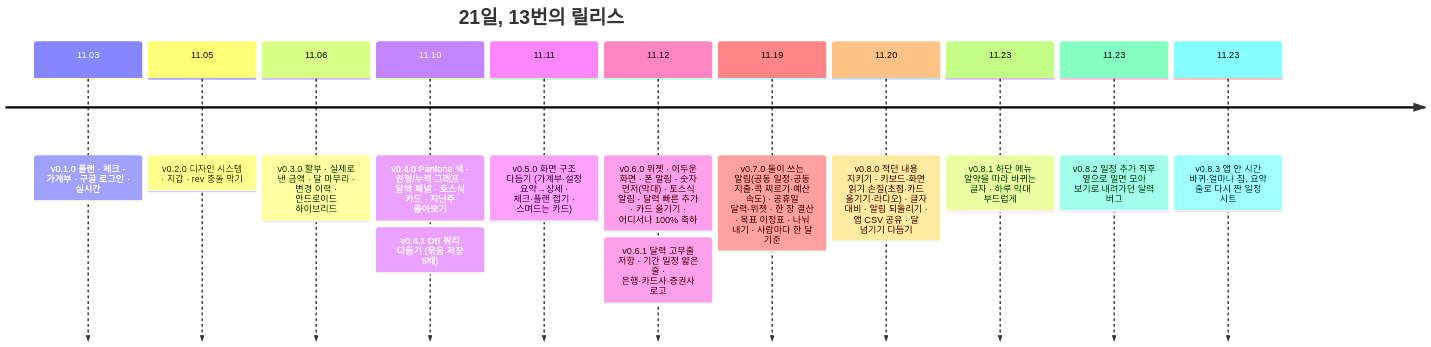
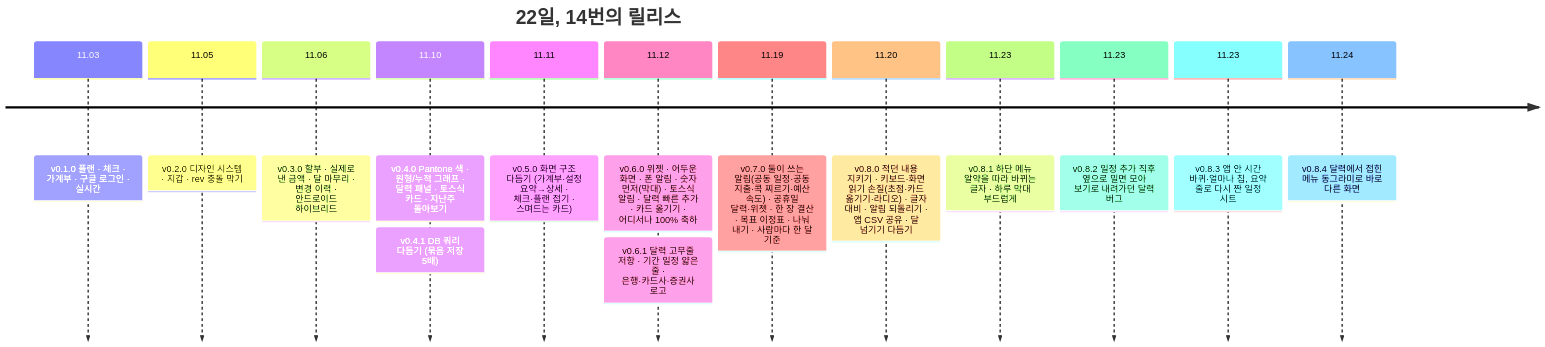
Before and after one commit to jojaden/our-money: the fifth of 5 diagrams in README.md, drawn with Mermaid. The commit also changed other lines of this file and 5 other files, not shown here.

````diff
--- a/README.md
+++ b/README.md
@@ -152,17 +152,18 @@
 ```mermaid
 timeline
-  title 21일, 13번의 릴리스
+  title 22일, 14번의 릴리스
   11.03 : v0.1.0 플랜 · 체크 · 가계부 · 구글 로그인 · 실시간
   11.05 : v0.2.0 디자인 시스템 · 지갑 · rev 충돌 막기
   11.06 : v0.3.0 할부 · 실제로 낸 금액 · 달 마무리 · 변경 이력 · 안드로이드 하이브리드
   11.10 : v0.4.0 Pantone 색 · 원형/누적 그래프 · 달력 패널 · 토스식 카드 · 지난주 돌아보기
         : v0.4.1 DB 쿼리 다듬기 (묶음 저장 5배)
   11.11 : v0.5.0 화면 구조 다듬기 (가계부·설정 요약→상세 · 체크·플랜 접기 · 스며드는 카드)
   11.12 : v0.6.0 위젯 · 어두운 화면 · 폰 알림 · 숫자 먼저(막대) · 토스식 알림 · 달력 빠른 추가 · 카드 옮기기 · 어디서나 100% 축하
         : v0.6.1 달력 고무줄 저항 · 기간 일정 얇은 줄 · 은행·카드사·증권사 로고
   11.19 : v0.7.0 둘이 쓰는 알림(공동 일정·공동 지출·콕 찌르기·예산 속도) · 공휴일 달력·위젯 · 한 장 결산 · 목표 이정표 · 나눠 내기 · 사람마다 한 달 기준
   11.20 : v0.8.0 적던 내용 지키기 · 키보드·화면 읽기 손질(초점·카드 옮기기·라디오) · 글자 대비 · 알림 되돌리기 · 앱 CSV 공유 · 달 넘기기 다듬기
   11.23 : v0.8.1 하단 메뉴 알약을 따라 바뀌는 글자 · 하루 막대 부드럽게
   11.23 : v0.8.2 일정 추가 직후 옆으로 밀면 모아 보기로 내려가던 달력 버그
   11.23 : v0.8.3 앱 안 시간 바퀴·얼마나 칩, 요약 줄로 다시 짠 일정 시트
+  11.24 : v0.8.4 달력에서 접힌 메뉴 동그라미로 바로 다른 화면
 ```
````
